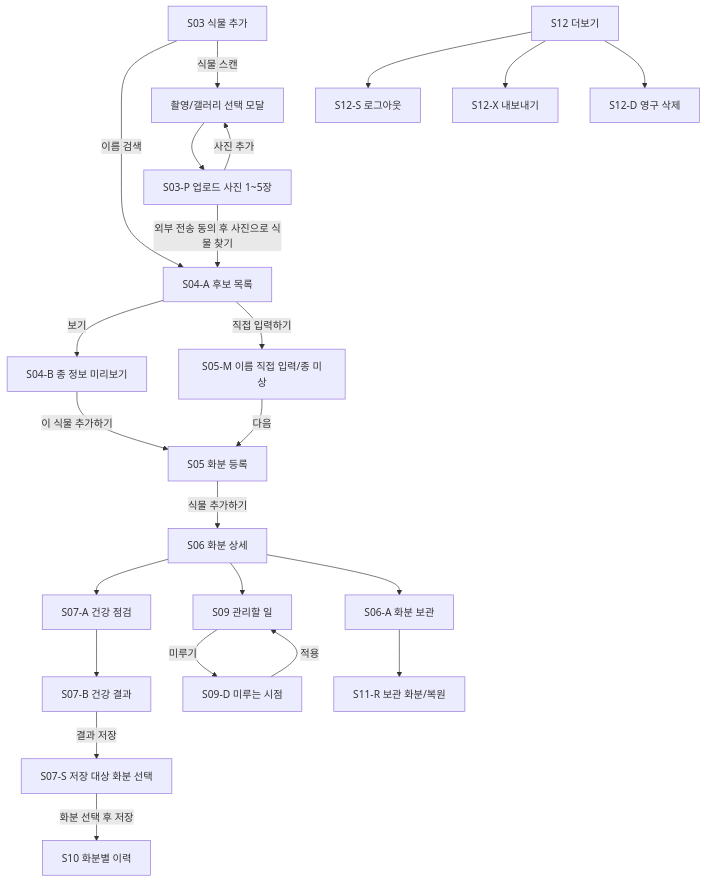
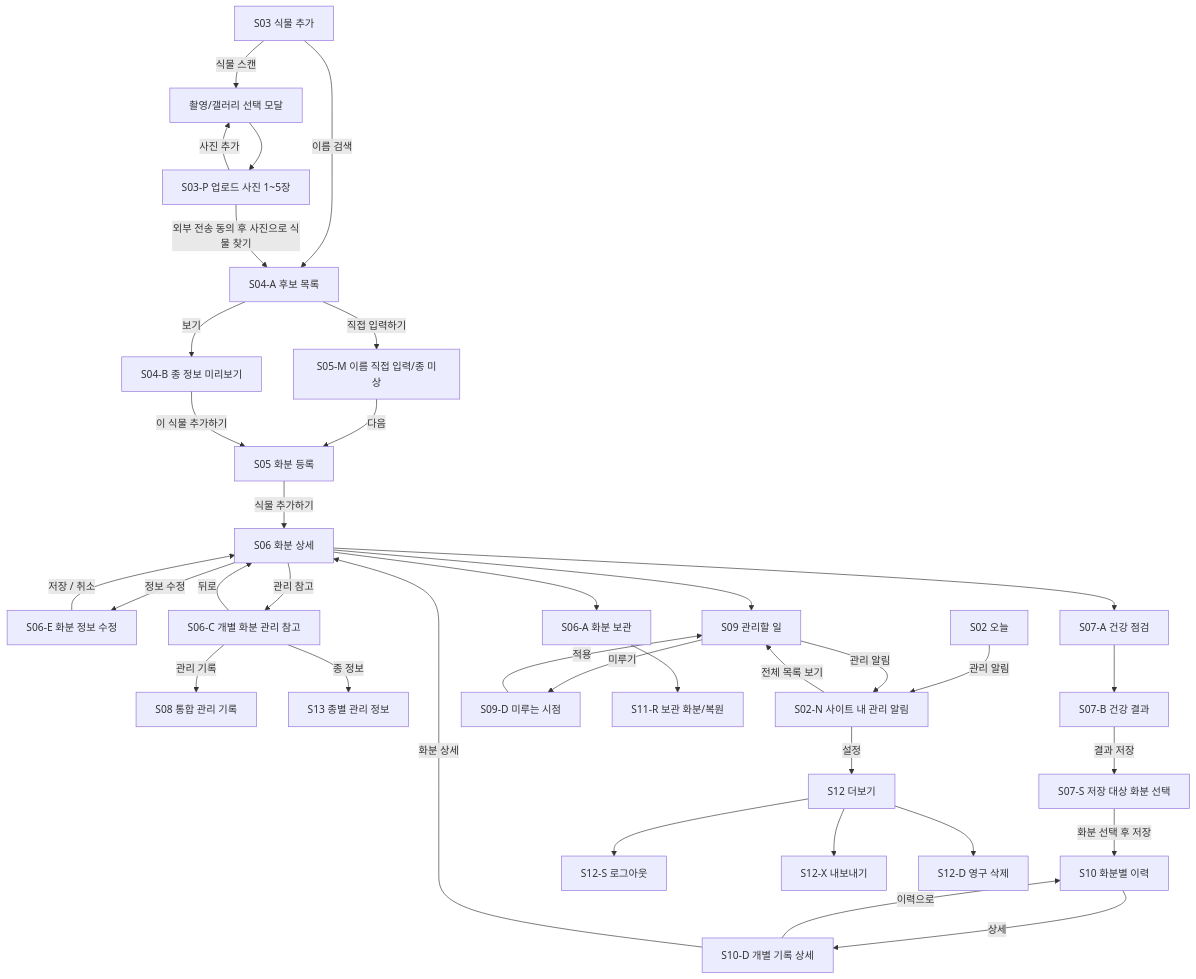
The diagram in docs/stage2/05-pc-mo-wireframe-snapshot.md (skiiilee/die-no-more), drawn with Mermaid before and after one commit. The commit also changed other lines of this file, not shown here.

Commit message:
docs(stage2): complete navigation links and species candidate name priority

````diff
--- a/docs/stage2/05-pc-mo-wireframe-snapshot.md
+++ b/docs/stage2/05-pc-mo-wireframe-snapshot.md
@@ -65,25 +65,38 @@
 ```mermaid
 flowchart TD
  S03["S03 식물 추가"] -->|이름 검색| S04A["S04-A 후보 목록"]
  S03 -->|"식물 스캔"| MODAL["촬영/갤러리 선택 모달"]
  MODAL --> S03P["S03-P 업로드 사진 1~5장"]
  S03P -->|"사진 추가"| MODAL
  S03P -->|"외부 전송 동의 후 사진으로 식물 찾기"| S04A
  S04A -->|"보기"| S04B["S04-B 종 정보 미리보기"]
  S04A -->|"직접 입력하기"| S05M["S05-M 이름 직접 입력/종 미상"]
  S05M -->|"다음"| S05["S05 화분 등록"]
  S04B -->|"이 식물 추가하기"| S05
  S05 -->|"식물 추가하기"| S06["S06 화분 상세"]
+ S06 -->|"정보 수정"| S06E["S06-E 화분 정보 수정"]
+ S06E -->|"저장 / 취소"| S06
+ S06 -->|"관리 참고"| S06C["S06-C 개별 화분 관리 참고"]
+ S06C -->|"뒤로"| S06
+ S06C -->|"관리 기록"| S08["S08 통합 관리 기록"]
+ S06C -->|"종 정보"| S13["S13 종별 관리 정보"]
  S06 --> S07A["S07-A 건강 점검"]
  S07A --> S07B["S07-B 건강 결과"]
  S07B -->|"결과 저장"| S07S["S07-S 저장 대상 화분 선택"]
  S07S -->|"화분 선택 후 저장"| S10["S10 화분별 이력"]
+ S10 -->|"상세"| S10D["S10-D 개별 기록 상세"]
+ S10D -->|"이력으로"| S10
+ S10D -->|"화분 상세"| S06
  S06 --> S09["S09 관리할 일"]
  S09 -->|"미루기"| S09D["S09-D 미루는 시점"]
  S09D -->|"적용"| S09
  S06 --> S06A["S06-A 화분 보관"]
  S06A --> S11R["S11-R 보관 화분/복원"]
- S12["S12 더보기"] --> S12S["S12-S 로그아웃"]
+ S02["S02 오늘"] -->|"관리 알림"| S02N["S02-N 사이트 내 관리 알림"]
+ S09 -->|"관리 알림"| S02N
+ S02N -->|"전체 목록 보기"| S09
+ S02N -->|"설정"| S12["S12 더보기"]
+ S12 --> S12S["S12-S 로그아웃"]
  S12 --> S12X["S12-X 내보내기"]
  S12 --> S12D["S12-D 영구 삭제"]
 ```
````
